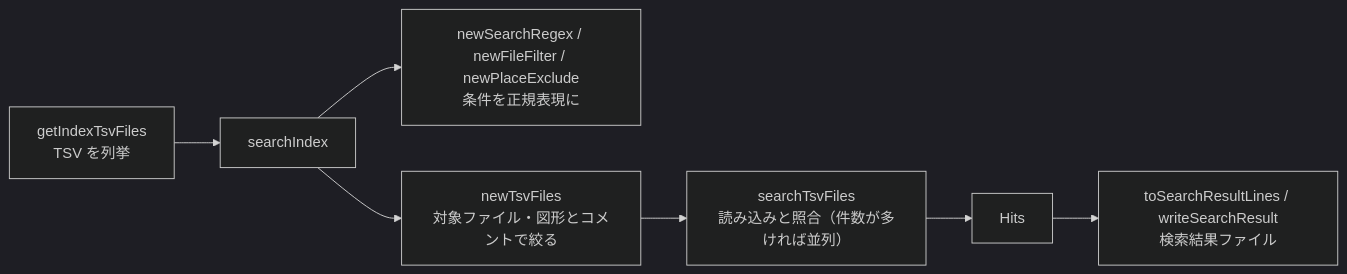
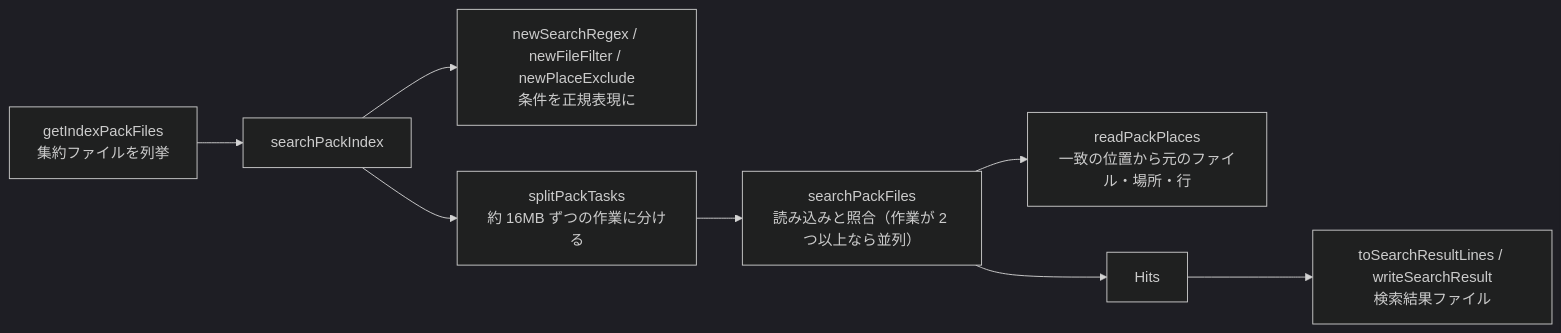
The diagram in docs/00_共通_2_共通モジュール_1_TSV・検索・画面の関数.md (hsgwa/tebunko), drawn with Mermaid (dark theme) before and after one commit. The commit also changed other lines of this file and 53 other files, not shown here.

````diff
--- a/docs/00_共通_2_共通モジュール_1_TSV・検索・画面の関数.md
+++ b/docs/00_共通_2_共通モジュール_1_TSV・検索・画面の関数.md
@@ -58,9 +87,10 @@
 ```mermaid
 flowchart LR
-    A["getIndexTsvFiles<br>TSV を列挙"] --> B["searchIndex"]
+    A["getIndexPackFiles<br>集約ファイルを列挙"] --> B["searchPackIndex"]
     B --> C["newSearchRegex / newFileFilter / newPlaceExclude<br>条件を正規表現に"]
-    B --> D["newTsvFiles<br>対象ファイル・図形とコメントで絞る"]
-    D --> E["searchTsvFiles<br>読み込みと照合（件数が多ければ並列）"]
+    B --> T["splitPackTasks<br>約 16MB ずつの作業に分ける"]
+    T --> E["searchPackFiles<br>読み込みと照合（作業が 2 つ以上なら並列）"]
+    E --> P["readPackPlaces<br>一致の位置から元のファイル・場所・行"]
     E --> F["Hits"]
     F --> G["toSearchResultLines / writeSearchResult<br>検索結果ファイル"]
 ```
````
